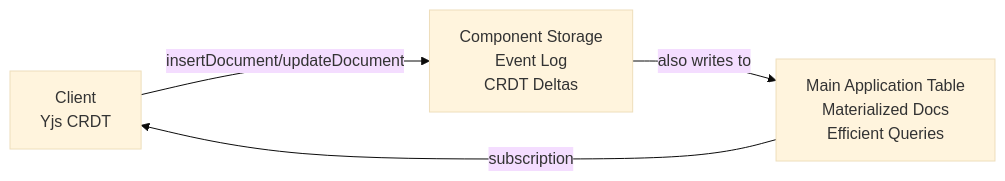
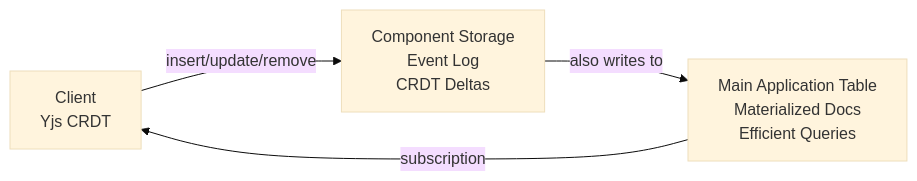
One commit to trestleinc/convex-replicate changed the second of 3 diagrams in README.md. Above: the diagram before and after it, drawn with Mermaid (base theme). The commit also changed other lines of this file and 6 other files, not shown here.

````diff
--- a/README.md
+++ b/README.md
@@ -56,10 +56,10 @@
 ```mermaid
 graph LR
     Client[Client<br/>Yjs CRDT]
     Component[Component Storage<br/>Event Log<br/>CRDT Deltas]
     MainTable[Main Application Table<br/>Materialized Docs<br/>Efficient Queries]
 
-    Client -->|insertDocument/updateDocument| Component
+    Client -->|insert/update/remove| Component
     Component -->|also writes to| MainTable
     MainTable -->|subscription| Client
 ```
````
